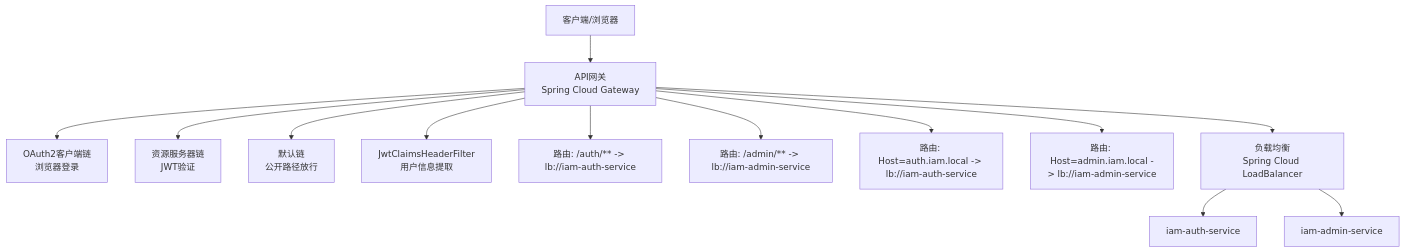
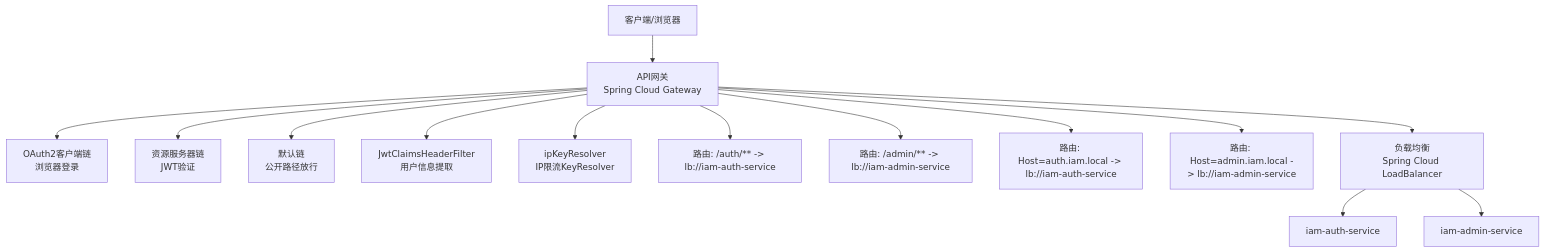
Before and after one commit to fq0121104930716/iam-platform: the second of 8 diagrams in .qoder/repowiki/zh/content/核心模块/API网关 (iam-gateway).md, drawn with Mermaid. The commit also changed other lines of this file and 6 other files, not shown here.

````diff
--- a/.qoder/repowiki/zh/content/核心模块/API网关 (iam-gateway).md
+++ b/.qoder/repowiki/zh/content/核心模块/API网关 (iam-gateway).md
@@ -119,15 +123,16 @@
 ```mermaid
 graph TB
 Client["客户端/浏览器"] --> GW["API网关<br/>Spring Cloud Gateway"]
 GW --> SEC1["OAuth2客户端链<br/>浏览器登录"]
 GW --> SEC2["资源服务器链<br/>JWT验证"]
 GW --> DEF["默认链<br/>公开路径放行"]
 GW --> FIL["JwtClaimsHeaderFilter<br/>用户信息提取"]
+GW --> KR["ipKeyResolver<br/>IP限流KeyResolver"]
 GW --> R1["路由: /auth/** -> lb://iam-auth-service"]
 GW --> R2["路由: /admin/** -> lb://iam-admin-service"]
 GW --> R3["路由: Host=auth.iam.local -> lb://iam-auth-service"]
 GW --> R4["路由: Host=admin.iam.local -> lb://iam-admin-service"]
 GW --> LB["负载均衡<br/>Spring Cloud LoadBalancer"]
 LB --> S1["iam-auth-service"]
 LB --> S2["iam-admin-service"]
 ```
````
